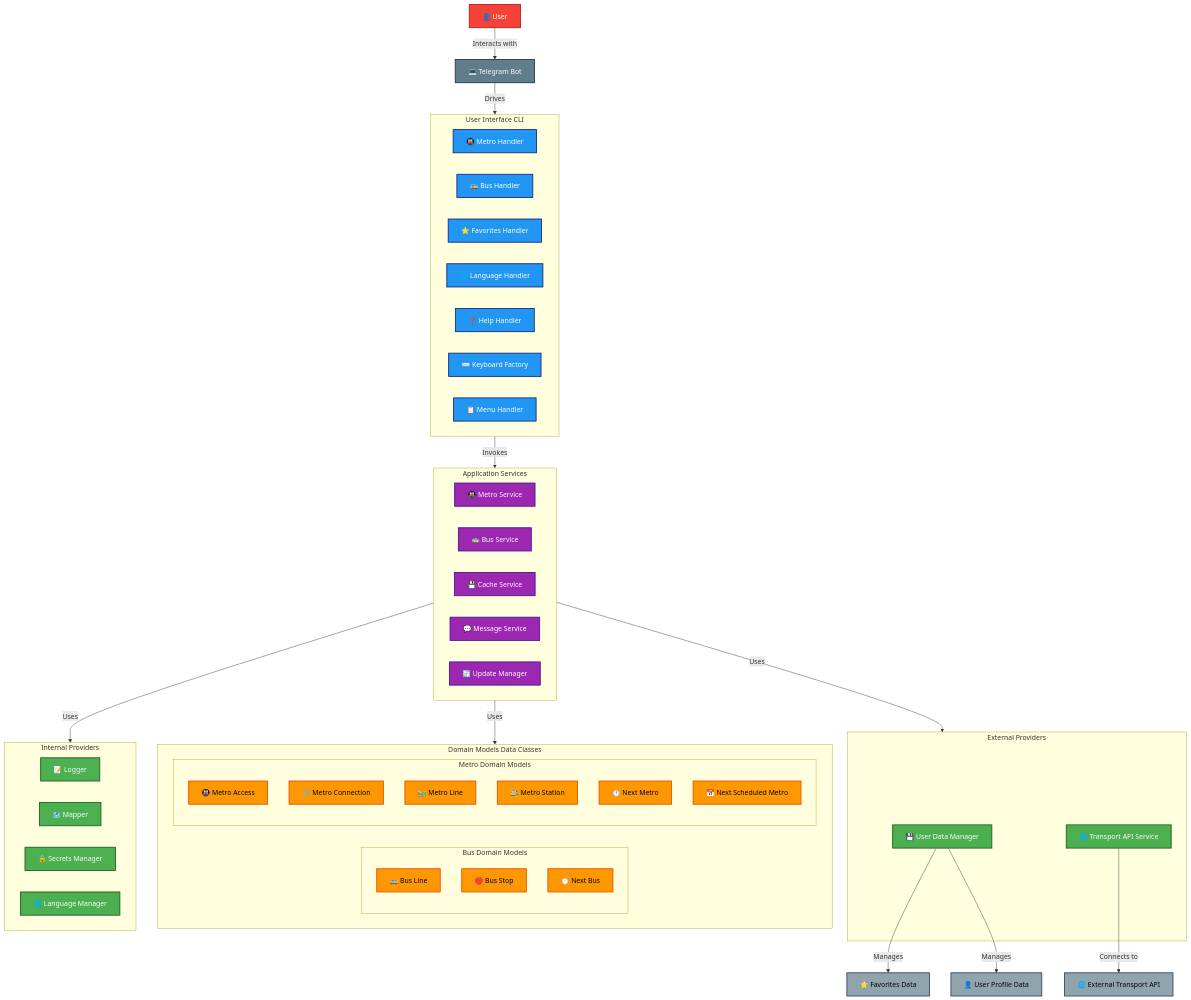
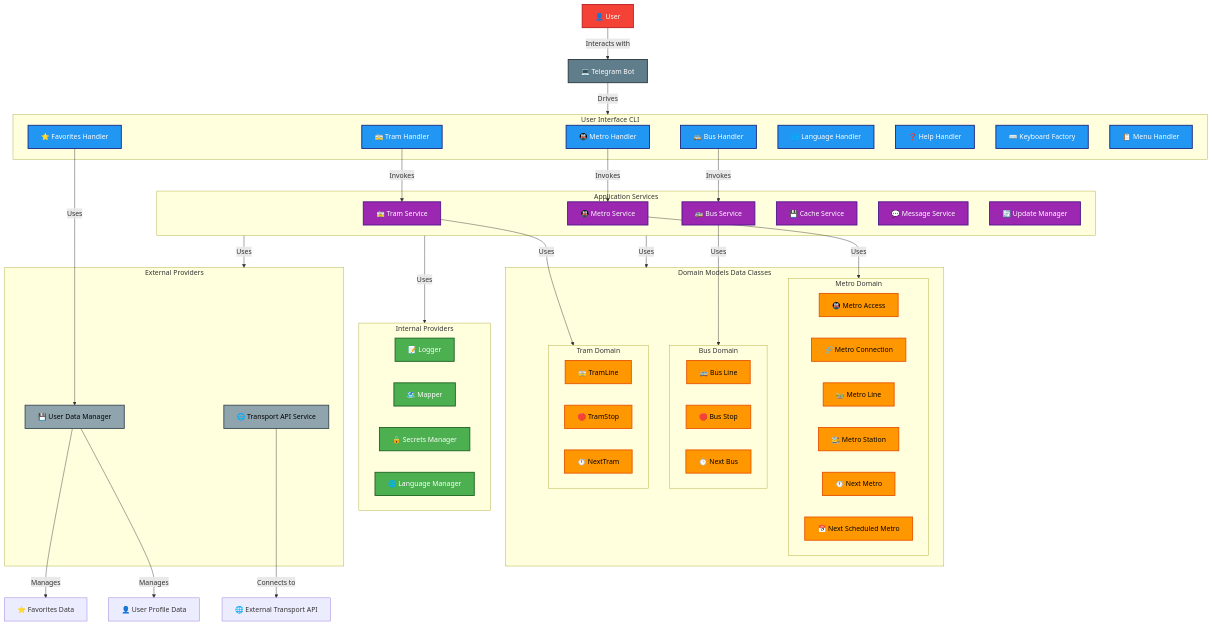
One commit to mg-diego/BCN-Transit-Bot changed the diagram in README.md. Above: the diagram before and after it, drawn with Mermaid. The commit also changed other lines of this file and 20 other files, not shown here.

````diff
--- a/README.md
+++ b/README.md
@@ -68,68 +68,94 @@
 ```mermaid
 graph TD
+    %% Actors
+    U["👤 User"]
+    B["💻 Telegram Bot"]
 
-    10["💻 Telegram Bot"]
-    7["👤 User"]
-    8["🌐 External Transport API"]
-    9["⭐ Favorites Data"]
-    99["👤 User Profile Data"]
-
-    subgraph 1["User Interface CLI"]
-        31["🚇 Metro Handler"]
-        32["🚌 Bus Handler"]
-        33["⭐ Favorites Handler"]
-        34["🌐 Language Handler"]
-        35["❓ Help Handler"]
-        36["⌨️ Keyboard Factory"]
-        37["📋 Menu Handler"]
+    %% User Interface CLI Handlers
+    subgraph CLI["User Interface CLI"]
+        MH["🚇 Metro Handler"]
+        BH["🚌 Bus Handler"]
+        TH["🚋 Tram Handler"]
+        FH["⭐ Favorites Handler"]
+        LH["🌐 Language Handler"]
+        HH["❓ Help Handler"]
+        KF["⌨️ Keyboard Factory"]
+        MHN["📋 Menu Handler"]
     end
 
-    subgraph 2["Internal Providers"]
-        27["📝 Logger"]
-        28["🗺️ Mapper"]
-        29["🔒 Secrets Manager"]
-        38["🌐 Language Manager"]
+    %% Application Services
+    subgraph Services["Application Services"]
+        MS["🚇 Metro Service"]
+        BS["🚌 Bus Service"]
+        TS["🚋 Tram Service"]
+        CS["💾 Cache Service"]
+        MSGS["💬 Message Service"]
+        UM["🔄 Update Manager"]
     end
 
-    subgraph 98["External Providers"]
-        26["💾 User Data Manager"]
-        30["🌐 Transport API Service"]
-    end
-
-    subgraph 3["Domain Models Data Classes"]
-        subgraph 4["Metro Domain Models"]
-            20["🚇 Metro Access"]
-            21["🔗 Metro Connection"]
-            22["🛤️ Metro Line"]
-            23["🚉 Metro Station"]
-            24["⏱️ Next Metro"]
-            25["📅 Next Scheduled Metro"]
+    %% Domain Models
+    subgraph Domain["Domain Models Data Classes"]
+        subgraph Metro["Metro Domain"]
+            MA["🚇 Metro Access"]
+            MC["🔗 Metro Connection"]
+            ML["🛤️ Metro Line"]
+            MSN["🚉 Metro Station"]
+            NM["⏱️ Next Metro"]
+            NSM["📅 Next Scheduled Metro"]
         end
-        subgraph 5["Bus Domain Models"]
-            17["🚌 Bus Line"]
-            18["🛑 Bus Stop"]
-            19["⏱️ Next Bus"]
+        subgraph Bus["Bus Domain"]
+            BL["🚌 Bus Line"]
+            BSN["🛑 Bus Stop"]
+            NB["⏱️ Next Bus"]
+        end
+        subgraph Tram["Tram Domain"]
+            TL["🚋 TramLine"]
+            TSN["🛑 TramStop"]
+            NT["⏱️ NextTram"]
         end
     end
 
-    subgraph 6["Application Services"]
-        11["🚇 Metro Service"]
-        12["🚌 Bus Service"]
-        13["💾 Cache Service"]
-        14["💬 Message Service"]
-        15["🔄 Update Manager"]
+    %% Providers
+    subgraph Internal["Internal Providers"]
+        L["📝 Logger"]
+        M["🗺️ Mapper"]
+        SM["🔒 Secrets Manager"]
+        LM["🌐 Language Manager"]
     end
 
-    %% Edges
-    10 -->|Drives| 1
-    6 -->|Uses| 2
-    6 -->|Uses| 98
-    6 -->|Uses| 3
-    1 -->|Invokes| 6
-    30 -->|Connects to| 8
-    26 -->|Manages| 9
-    26 -->|Manages| 99
-    7 -->|Interacts with| 10
+    subgraph External["External Providers"]
+        UDM["💾 User Data Manager"]
+        TAS["🌐 Transport API Service"]
+    end
+
+    %% External API and data
+    EXT["🌐 External Transport API"]
+    FD["⭐ Favorites Data"]
+    UPD["👤 User Profile Data"]
+
+    %% Flow edges
+    U -->|Interacts with| B
+    B -->|Drives| CLI
+
+    %% Handlers -> Services
+    MH -->|Invokes| MS
+    BH -->|Invokes| BS
+    TH -->|Invokes| TS
+    FH -->|Uses| UDM
+
+    %% Services -> Domain
+    MS -->|Uses| Metro
+    BS -->|Uses| Bus
+    TS -->|Uses| Tram
+
+    %% External connections
+    UDM -->|Manages| FD
+    UDM -->|Manages| UPD
+    TAS -->|Connects to| EXT
+
+    Services -->|Uses| Internal
+    Services -->|Uses| External
+    Services -->|Uses| Domain
 
     %% Classes & Colors
     classDef ui fill:#2196f3,color:#fff,stroke:#1a237e,stroke-width:2px;
@@ -140,13 +166,13 @@
     classDef cli fill:#607d8b,color:#fff,stroke:#263238,stroke-width:2px;
     classDef actor fill:#f44336,color:#fff,stroke:#b71c1c,stroke-width:2px;
 
-    %% Assign classes ONLY to internal boxes
-    class 31,32,33,34,35,36,37 ui;
-    class 26,27,28,29,30,38 providers;
-    class 20,21,22,23,24,25,17,18,19 domain;
-    class 11,12,13,14,15 services;
-    class 8,9,99 external;
-    class 10 cli;
-    class 7 actor;
+    %% Assign classes
+    class MH,BH,TH,FH,LH,HH,KF,MHN ui;
+    class L,M,SM,LM providers;
+    class MA,MC,ML,MSN,NM,NSM,BL,BSN,NB,TL,TSN,NT domain;
+    class MS,BS,TS,CS,MSGS,UM services;
+    class UDM,TAS external;
+    class B cli;
+    class U actor;
 
 ```
````
